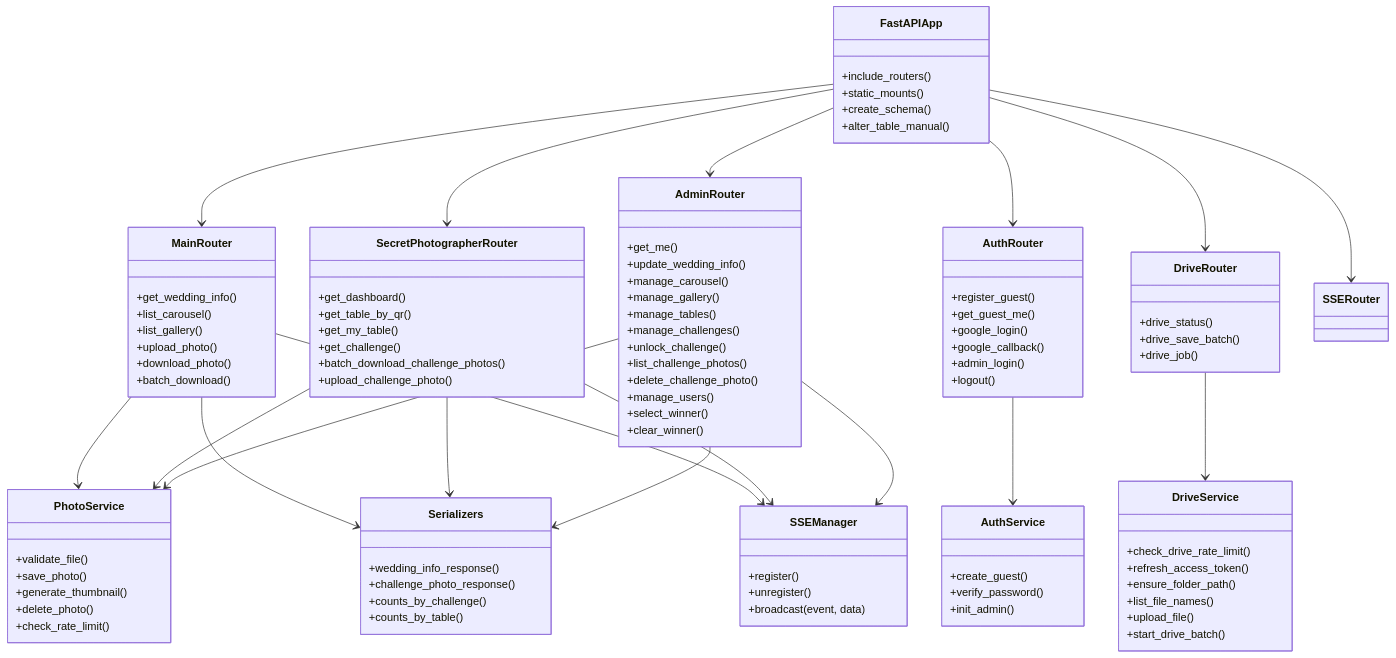
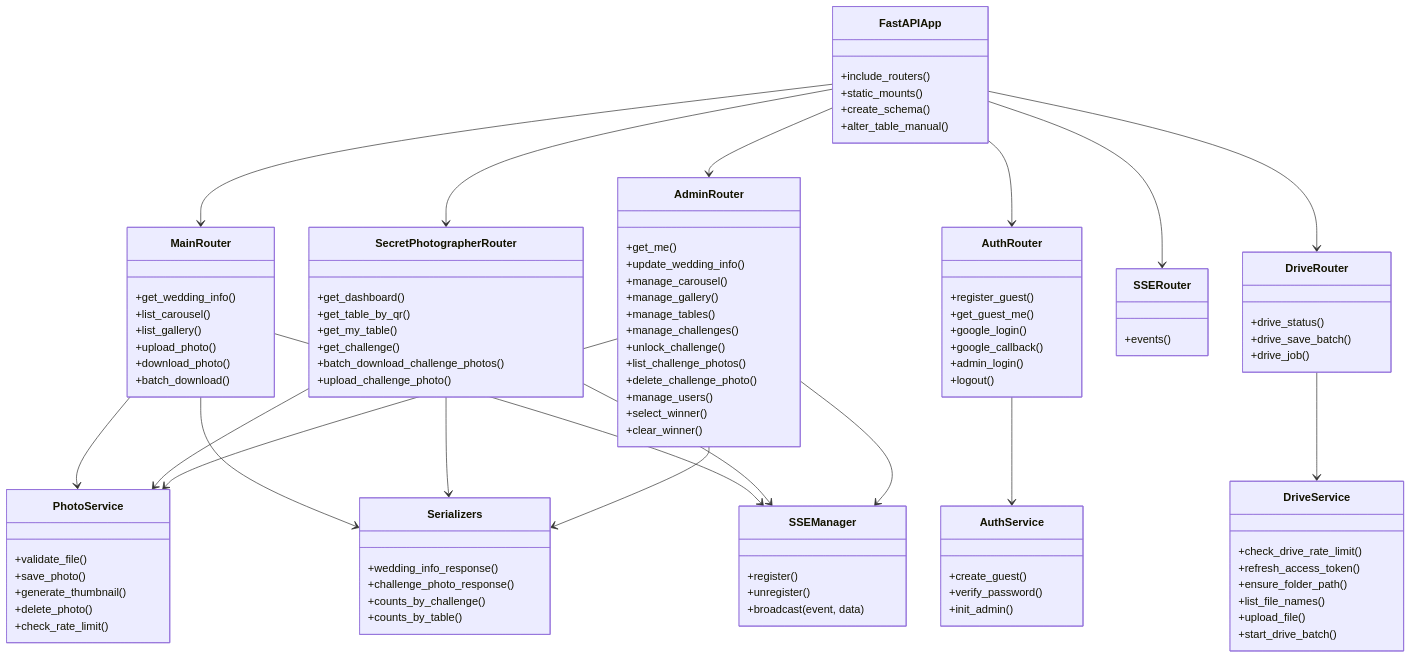
Before and after one commit to juniornff/wedding-photo-manager: diagram 11 of 12 in README.md, drawn with Mermaid. The commit also changed other lines of this file and 10 other files, not shown here.

```diff
--- a/README.md
+++ b/README.md
@@ -460,6 +564,10 @@
         +google_callback()
         +admin_login()
         +logout()
+    }
+
+    class SSERouter {
+        +events()
     }
 
     class DriveRouter {
```
